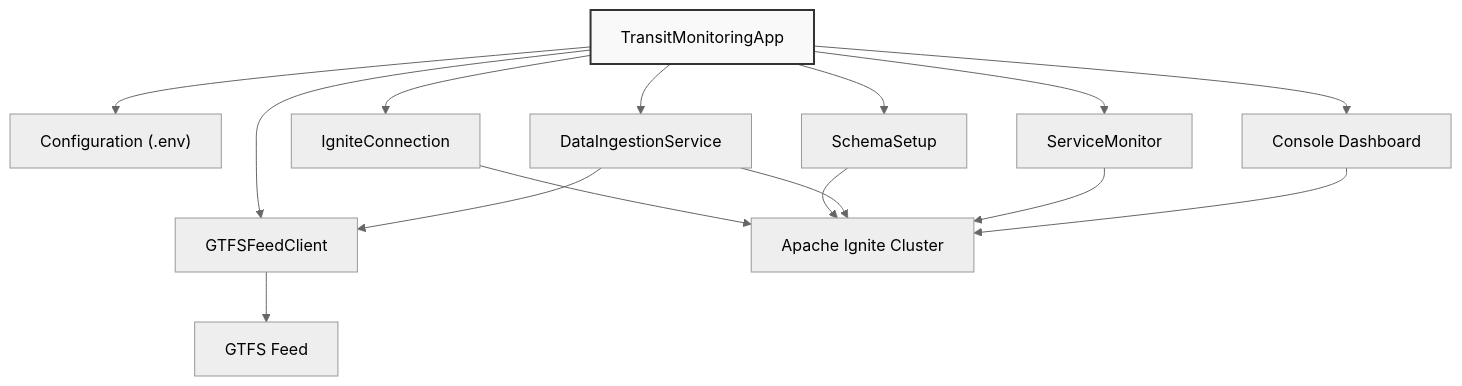
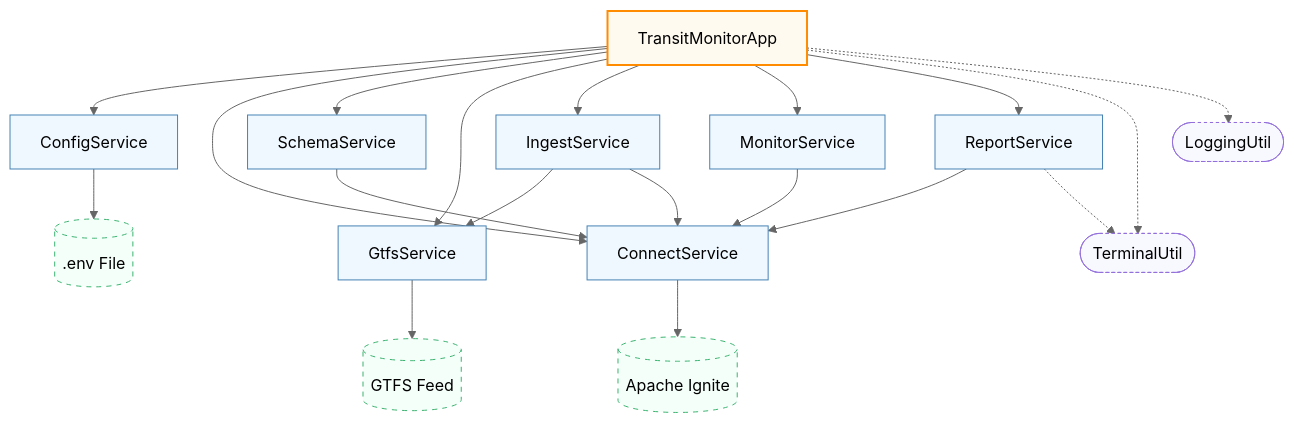
Before and after one commit to maglietti/explore-ai3: the diagram in tutorials/first-java-app/08-putting-together.md, drawn with Mermaid (neutral theme). The commit also changed other lines of this file, not shown here.

Commit message:
updated diagram

````diff
--- a/tutorials/first-java-app/08-putting-together.md
+++ b/tutorials/first-java-app/08-putting-together.md
@@ -9,24 +9,61 @@
 ```mermaid
-graph TD
-    Main[TransitMonitoringApp]
+graph TB
+    %% Main component
+    App[TransitMonitorApp]
     
-    Main --> Config["Configuration (.env)"]
-    Main --> Connection[IgniteConnection]
-    Main --> Schema[SchemaSetup]
-    Main --> Client[GTFSFeedClient]
-    Main --> Ingestion[DataIngestionService]
-    Main --> Monitor[ServiceMonitor]
-    Main --> Dashboard[Console Dashboard]
+    %% Core services
+    ConfigService[ConfigService]
+    ConnectService[ConnectService]
+    GtfsService[GtfsService]
+    SchemaService[SchemaService]
+    IngestService[IngestService]
+    MonitorService[MonitorService]
+    ReportService[ReportService]
     
-    Connection --> Ignite[Apache Ignite Cluster]
-    Client --> GTFS[GTFS Feed]
-    Schema --> Ignite
+    %% External systems
+    Ignite[(Apache Ignite)]
+    GTFS[(GTFS Feed)]
+    EnvFile[(.env File)]
     
-    Ingestion --> Client
-    Ingestion --> Ignite
+    %% Utilities
+    TerminalUtil([TerminalUtil])
+    LoggingUtil([LoggingUtil])
     
-    Monitor --> Ignite
-    Dashboard --> Ignite
+    %% Relationships
+    App --> ConfigService
+    App --> ConnectService
+    App --> SchemaService
+    App --> GtfsService
+    App --> IngestService
+    App --> MonitorService
+    App --> ReportService
     
-    style Main fill:#f9f9f9,stroke:#333,stroke-width:2px
+    ConfigService --> EnvFile
+    
+    ConnectService --> Ignite
+    SchemaService --> ConnectService
+    
+    GtfsService --> GTFS
+    
+    IngestService --> GtfsService
+    IngestService --> ConnectService
+    
+    MonitorService --> ConnectService
+    
+    ReportService --> ConnectService
+    
+    App -.-> TerminalUtil
+    App -.-> LoggingUtil
+    ReportService -.-> TerminalUtil
+    
+    %% Styling
+    classDef main fill:#fffaf0,stroke:#ff8c00,stroke-width:2px
+    classDef service fill:#f0f8ff,stroke:#4682b4,stroke-width:1px
+    classDef database fill:#f5fffa,stroke:#3cb371,stroke-width:1px,stroke-dasharray: 5 5
+    classDef utility fill:#f8f8ff,stroke:#9370db,stroke-width:1px,stroke-dasharray: 3 3
+    
+    class App main
+    class ConfigService,ConnectService,GtfsService,SchemaService,IngestService,MonitorService,ReportService service
+    class Ignite,GTFS,EnvFile database
+    class TerminalUtil,LoggingUtil utility
 ```
````
